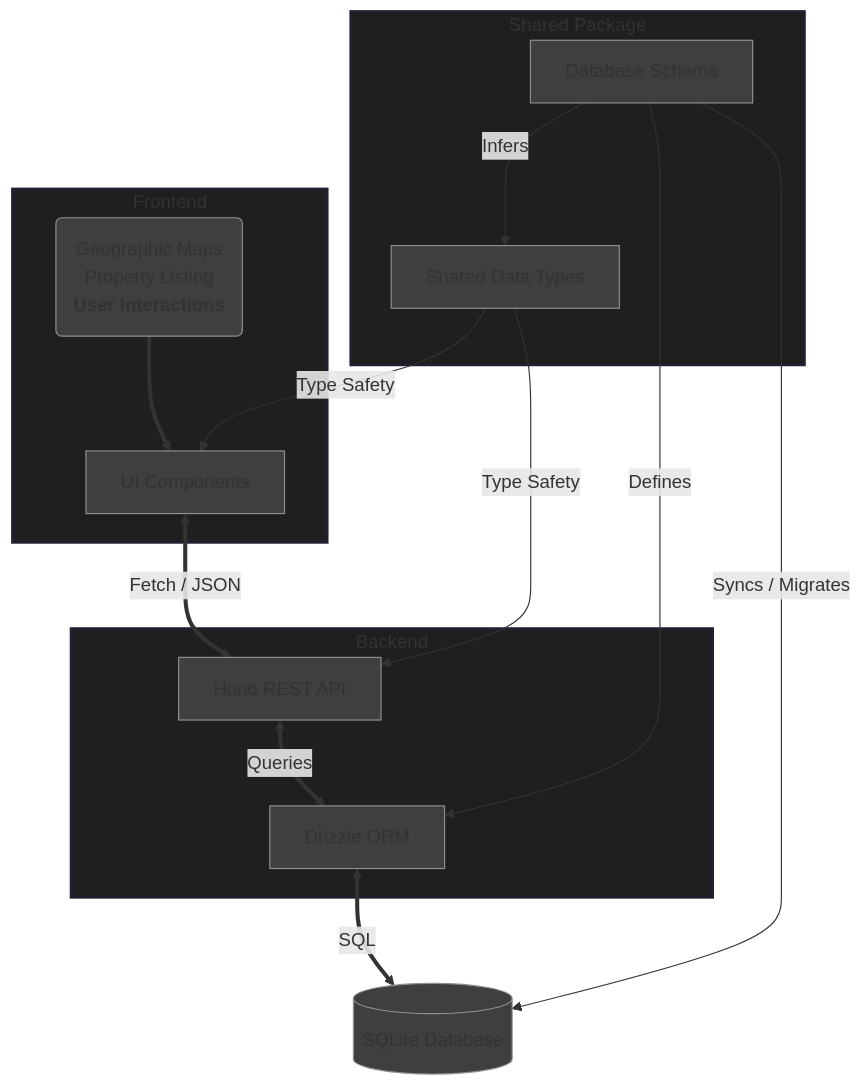
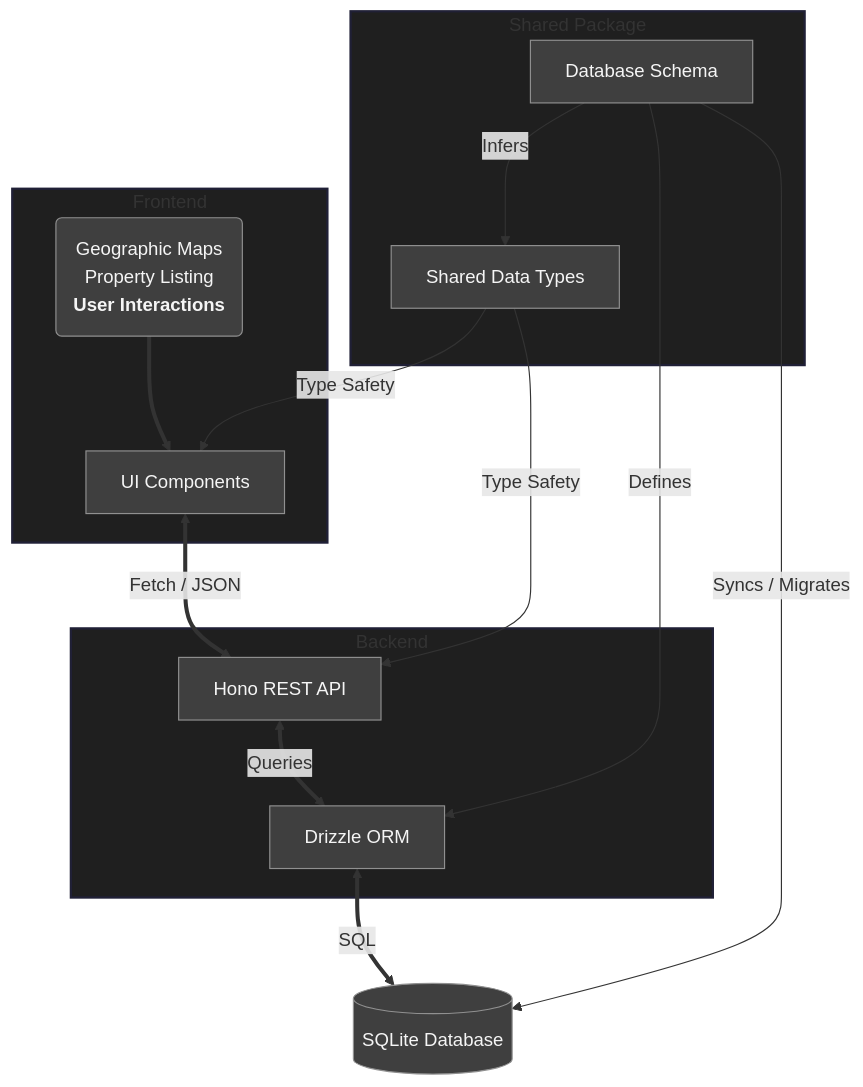
One commit to EFrMG/free-real-state changed the diagram in README.md. Above: the diagram before and after it, drawn with Mermaid. The commit also changed other lines of this file and 1 other file, not shown here.

Commit message:
update documentation to reflect new dependencies and API endpoints

````diff
--- a/README.md
+++ b/README.md
@@ -18,49 +18,49 @@
 ```mermaid
 graph TD
     subgraph FE ["Frontend"]
         UI[UI Components]
         Components("`Geographic Maps
         Property Listing
         **User Interactions**`")
     end
 
     subgraph BE ["Backend"]
         API[Hono REST API]
         ORM[Drizzle ORM]
     end
 
     subgraph SH ["Shared Package"]
         Schema[Database Schema]
         Types[Shared Data Types]
     end
 
     DB[(SQLite Database)]
 
     %% Runtime Data Flow
     Components ==> UI
     UI <== "Fetch / JSON" ==> API
     API <== "Queries" ==> ORM
     ORM <== "SQL" ==> DB
 
     %% Source of Truth Logic
     Schema -- "Defines" --> ORM
     Schema -- "Infers" --> Types
     Schema -- "Syncs / Migrates" --> DB
 
     Types -- "Type Safety" --> UI
     Types -- "Type Safety" --> API
 
     %% Subgraphs
     style FE fill:#1f1f1f,stroke:#202036,stroke-width:2px
     style BE fill:#1f1f1f,stroke:#202036,stroke-width:2px
     style SH fill:#1f1f1f,stroke:#202036,stroke-width:2px
 
     %% Lighter Node
-    style UI fill:#3f3f3f,stroke:#909090
-    style Components fill:#3f3f3f,stroke:#909090
-    style API fill:#3f3f3f,stroke:#909090
-    style ORM fill:#3f3f3f,stroke:#909090
-    style Schema fill:#3f3f3f,stroke:#909090
-    style Types fill:#3f3f3f,stroke:#909090
-    style DB fill:#3f3f3f,stroke:#909090
+    style UI fill:#3f3f3f,stroke:#909090,color:#f5f5f5
+    style Components fill:#3f3f3f,stroke:#909090,color:#f5f5f5
+    style API fill:#3f3f3f,stroke:#909090,color:#f5f5f5
+    style ORM fill:#3f3f3f,stroke:#909090,color:#f5f5f5
+    style Schema fill:#3f3f3f,stroke:#909090,color:#f5f5f5
+    style Types fill:#3f3f3f,stroke:#909090,color:#f5f5f5
+    style DB fill:#3f3f3f,stroke:#909090,color:#f5f5f5
 ```
````
